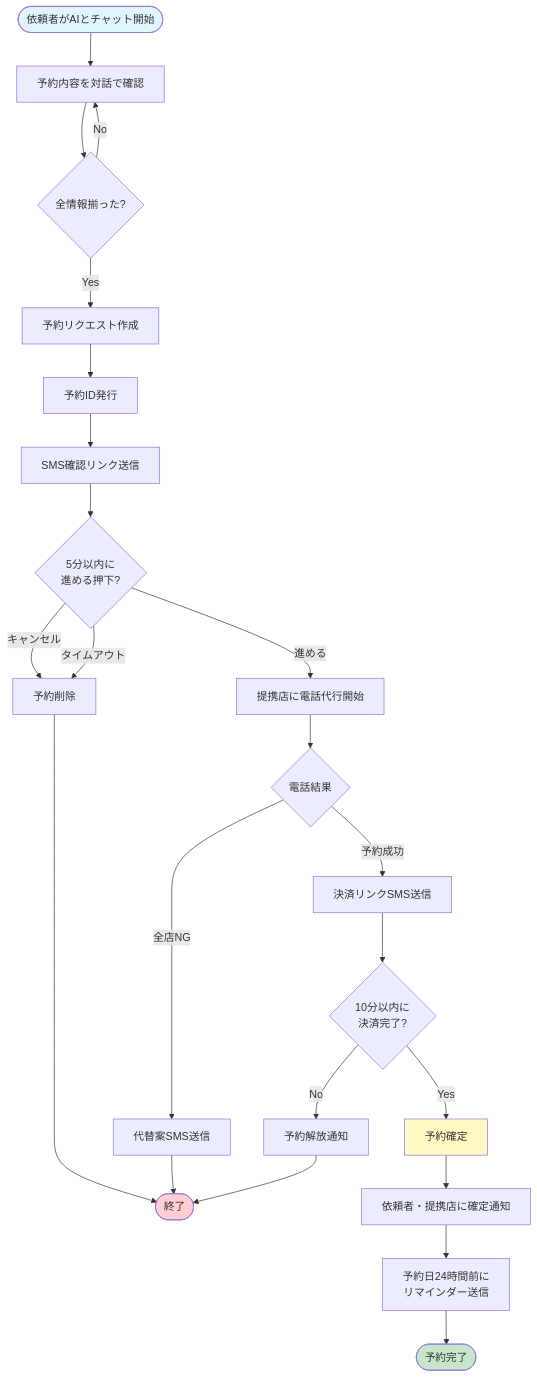
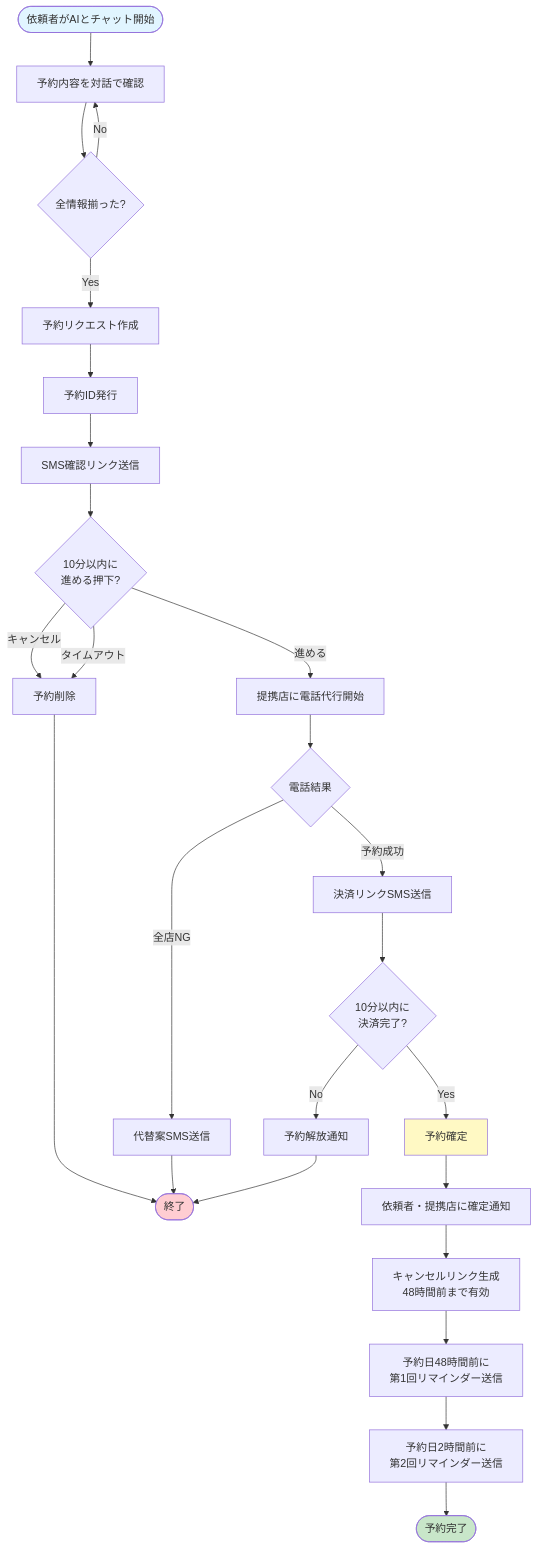
The first of 9 diagrams in requiremet/業務フロー図.md (kshimono/mcp_phone), drawn with Mermaid before and after one commit. The commit also changed other lines of this file and 2 other files, not shown here.

````diff
--- a/requiremet/業務フロー図.md
+++ b/requiremet/業務フロー図.md
@@ -24,35 +25,37 @@
 ```mermaid
 graph TB
     Start([依頼者がAIとチャット開始]) --> Chat[予約内容を対話で確認]
     Chat --> Confirm{全情報揃った?}
     Confirm -->|No| Chat
     Confirm -->|Yes| CreateReq[予約リクエスト作成]
     CreateReq --> GenID[予約ID発行]
     GenID --> SendSMS1[SMS確認リンク送信]
 
-    SendSMS1 --> WaitSMS{5分以内に<br/>進める押下?}
+    SendSMS1 --> WaitSMS{10分以内に<br/>進める押下?}
     WaitSMS -->|キャンセル| Cancel1[予約削除]
     WaitSMS -->|タイムアウト| Cancel1
     WaitSMS -->|進める| CallShops[提携店に電話代行開始]
 
     CallShops --> CallResult{電話結果}
     CallResult -->|全店NG| Alternative[代替案SMS送信]
     CallResult -->|予約成功| SendPayment[決済リンクSMS送信]
 
     SendPayment --> WaitPayment{10分以内に<br/>決済完了?}
     WaitPayment -->|No| Release[予約解放通知]
     WaitPayment -->|Yes| Paid[予約確定]
 
     Paid --> NotifyBoth[依頼者・提携店に確定通知]
-    NotifyBoth --> Reminder[予約日24時間前に<br/>リマインダー送信]
-    Reminder --> End([予約完了])
+    NotifyBoth --> CreateCancelLink[キャンセルリンク生成<br/>48時間前まで有効]
+    CreateCancelLink --> Reminder1[予約日48時間前に<br/>第1回リマインダー送信]
+    Reminder1 --> Reminder2[予約日2時間前に<br/>第2回リマインダー送信]
+    Reminder2 --> End([予約完了])
 
     Cancel1 --> End1([終了])
     Alternative --> End1
     Release --> End1
 
     style Start fill:#e1f5ff
     style End fill:#c8e6c9
     style End1 fill:#ffcdd2
     style Paid fill:#fff9c4
 ```
````
